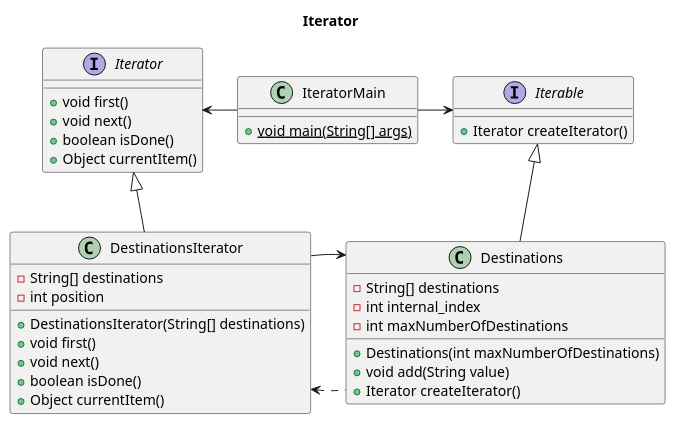
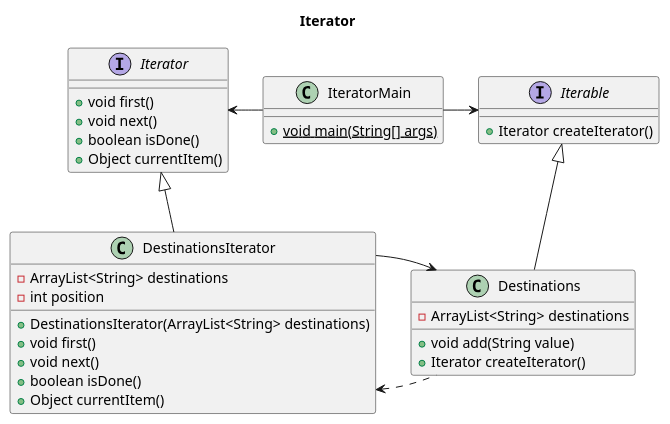
Before and after one commit to BeqaKhaburdzania/FreeUni-SDP-2013-Lab-UML: the diagram in Iterator/uml/ClassDiagram.puml, drawn with PlantUML. The commit also changed 4 other files, not shown here.

Commit message:
sequence diagram

```diff
--- a/Iterator/uml/ClassDiagram.puml
+++ b/Iterator/uml/ClassDiagram.puml
@@ -1,48 +1,45 @@
 @startuml
 	
 	title Iterator
 	
 	class IteratorMain{
 		+ void {static} main(String[] args)
 	}
 	
 	interface Iterator{
 		+ void first()
 		+ void next()
 		+ boolean isDone()
 		+ Object currentItem()
 	}
 	
 	interface Iterable{
 		+ Iterator createIterator()
 	}
 	
 	class Destinations{
-		- String[] destinations
-		- int internal_index
-		- int maxNumberOfDestinations
-		+ Destinations(int maxNumberOfDestinations)
+		- ArrayList<String> destinations
 		+ void add(String value)
 		+ Iterator createIterator()
 	}
 	
 	class DestinationsIterator{
-		- String[] destinations
+		- ArrayList<String> destinations
 		- int position
-		+DestinationsIterator(String[] destinations)
+		+ DestinationsIterator(ArrayList<String> destinations)
 		+ void first()
 		+ void next()
 		+ boolean isDone()
 		+ Object currentItem()
 	}
 	
 	
 	
 	Iterable <|-- Destinations
 	Iterator <|-- DestinationsIterator
 	DestinationsIterator <.right. Destinations
 	Iterator <-right- IteratorMain
 	Iterable <-left- IteratorMain
 	Destinations <-left- DestinationsIterator
 	
 @enduml
```
